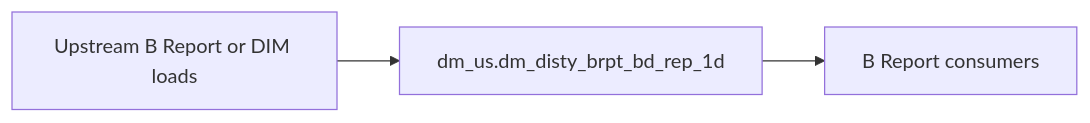
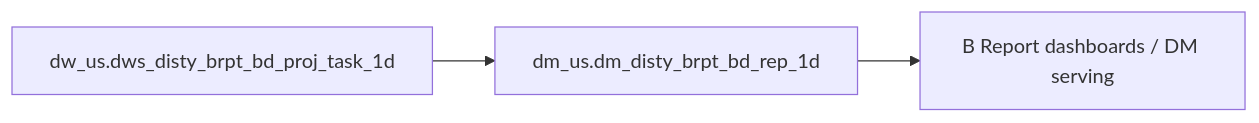
Before and after one commit to chengduhaha/data_agent: the diagram in backend/defaults/b_report/workspace/target/knowledgebase/b-report-us/dm_disty_brpt_bd_rep_1d.md, drawn with Mermaid. The commit also changed other lines of this file and 1108 other files, not shown here.

````diff
--- a/backend/defaults/b_report/workspace/target/knowledgebase/b-report-us/dm_disty_brpt_bd_rep_1d.md
+++ b/backend/defaults/b_report/workspace/target/knowledgebase/b-report-us/dm_disty_brpt_bd_rep_1d.md
@@ -151,8 +267,8 @@
 ```mermaid
 flowchart LR
-  upstream[Upstream B Report or DIM loads]
-  tgt["dm_us.dm_disty_brpt_bd_rep_1d"]
-  brpt[B Report consumers]
-  upstream --> tgt
-  tgt --> brpt
+  dm_us_dm_disty_brpt_bd_rep_1d["dm_us.dm_disty_brpt_bd_rep_1d"]
+  src0["dw_us.dws_disty_brpt_bd_proj_task_1d"]
+  src0 --> dm_us_dm_disty_brpt_bd_rep_1d
+  consumers["B Report dashboards / DM serving"]
+  dm_us_dm_disty_brpt_bd_rep_1d --> consumers
 ```
````
